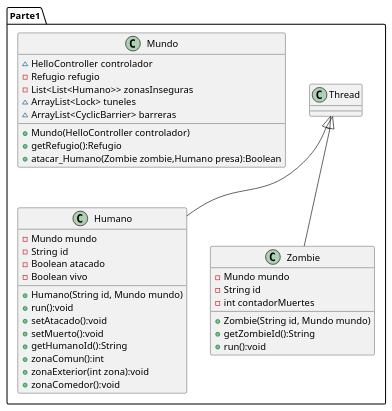
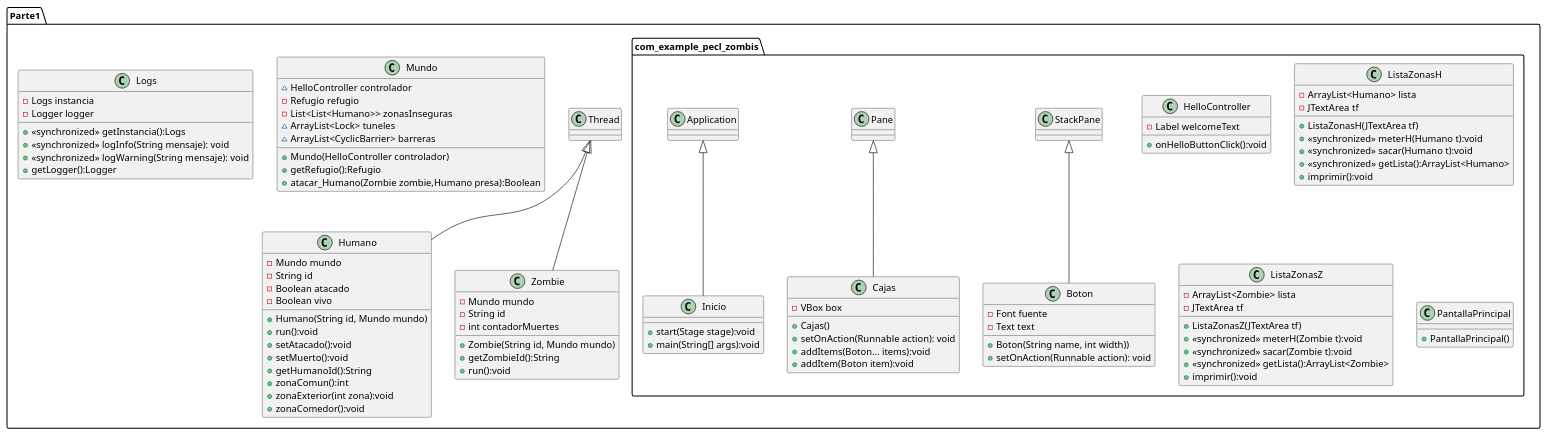
The diagram in src/main/java/Parte1/Apocalipsis.puml (danieltello12/PECL_Zombis), drawn with PlantUML before and after one commit.

Commit message:
Commit con uml actualizada

```diff
--- a/src/main/java/Parte1/Apocalipsis.puml
+++ b/src/main/java/Parte1/Apocalipsis.puml
@@ -1,46 +1,104 @@
 @startuml
 'https://plantuml.com/class-diagram
 
 package Parte1{
 class Humano extends Thread{
     - Mundo mundo
     - String id
     - Boolean atacado
     - Boolean vivo
     +Humano(String id, Mundo mundo)
     +run():void
     +setAtacado():void
     +setMuerto():void
     +getHumanoId():String
     +zonaComun():int
     +zonaExterior(int zona):void
     +zonaComedor():void
 }
 
 
 class Zombie extends Thread{
     - Mundo mundo
     - String id
     - int contadorMuertes
     +Zombie(String id, Mundo mundo)
     +getZombieId():String
     +run():void
 }
 
 class Mundo{
     ~HelloController controlador
     -Refugio refugio
     -List<List<Humano>> zonasInseguras
     ~ArrayList<Lock> tuneles
     ~ArrayList<CyclicBarrier> barreras
     +Mundo(HelloController controlador)
     +getRefugio():Refugio
     +atacar_Humano(Zombie zombie,Humano presa):Boolean
 
 
 }
 
+class Logs{
+    -Logs instancia
+    -Logger logger
+    + «synchronized» getInstancia():Logs
+    + «synchronized» logInfo(String mensaje): void
+    + «synchronized» logWarning(String mensaje): void
+    +getLogger():Logger
+
+
+}
+package com_example_pecl_zombis{
+class Boton extends StackPane{
+    - Font fuente
+    - Text text
+    +Boton(String name, int width))
+    +setOnAction(Runnable action): void
+    }
+class Cajas extends Pane{
+    - VBox box
+    +Cajas()
+    +setOnAction(Runnable action): void
+    +addItems(Boton... items):void
+    +addItem(Boton item):void
+    }
+class HelloController{
+    -Label welcomeText
+    +onHelloButtonClick():void
+    }
+class Inicio extends Application{
+    +start(Stage stage):void
+    +main(String[] args):void
+    }
+class ListaZonasH{
+    -ArrayList<Humano> lista
+    -JTextArea tf
+    +ListaZonasH(JTextArea tf)
+    + «synchronized» meterH(Humano t):void
+    + «synchronized» sacar(Humano t):void
+    + «synchronized» getLista():ArrayList<Humano>
+    + imprimir():void
+    }
+class ListaZonasZ{
+    -ArrayList<Zombie> lista
+    -JTextArea tf
+    +ListaZonasZ(JTextArea tf)
+    + «synchronized» meterH(Zombie t):void
+    + «synchronized» sacar(Zombie t):void
+    + «synchronized» getLista():ArrayList<Zombie>
+    + imprimir():void
+    }
+
+class PantallaPrincipal{
+    +PantallaPrincipal()
+}
+
+
+
+
 
 
 
 @enduml
```
